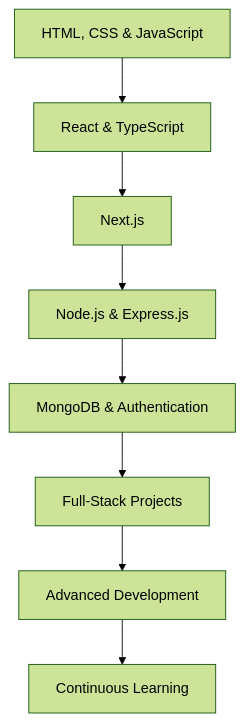
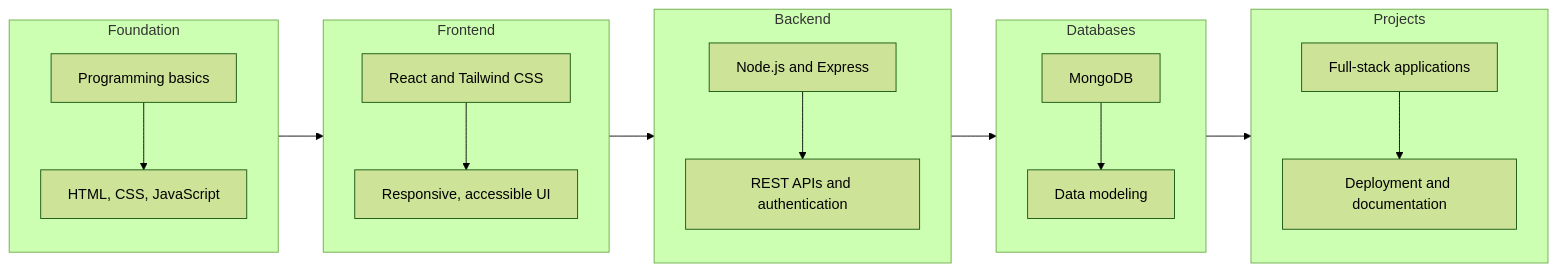
One commit to alhazuddin07/alhazuddin07 changed the third of 3 diagrams in README.md. Above: the diagram before and after it, drawn with Mermaid (forest theme). The commit also changed other lines of this file, not shown here.

````diff
--- a/README.md
+++ b/README.md
@@ -176,10 +315,42 @@
 ```mermaid
-flowchart TD
-    A[HTML, CSS & JavaScript] --> B[React & TypeScript]
-    B --> C[Next.js]
-    C --> D[Node.js & Express.js]
-    D --> E[MongoDB & Authentication]
-    E --> F[Full-Stack Projects]
-    F --> G[Advanced Development]
-    G --> H[Continuous Learning]
+flowchart LR
+    subgraph F["Foundation"]
+        direction TB
+        A["Programming basics"]
+        A1["HTML, CSS, JavaScript"]
+        A --> A1
+    end
+
+    subgraph FE["Frontend"]
+        direction TB
+        B["React and Tailwind CSS"]
+        B1["Responsive, accessible UI"]
+        B --> B1
+    end
+
+    subgraph BE["Backend"]
+        direction TB
+        C["Node.js and Express"]
+        C1["REST APIs and authentication"]
+        C --> C1
+    end
+
+    subgraph DB["Databases"]
+        direction TB
+        D["MongoDB"]
+        D1["Data modeling"]
+        D --> D1
+    end
+
+    subgraph P["Projects"]
+        direction TB
+        E["Full-stack applications"]
+        E1["Deployment and documentation"]
+        E --> E1
+    end
+
+    A1 --> B
+    B1 --> C
+    C1 --> D
+    D1 --> E
 ```
````
